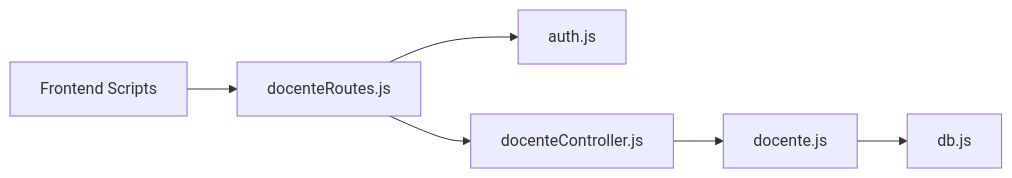
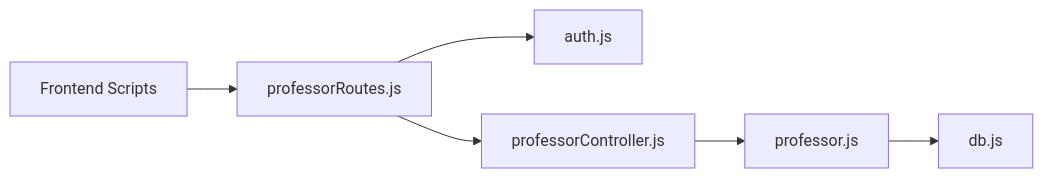
The sixth of 6 diagrams in .qoder/repowiki/en/content/Core Features Implementation/Professor Management.md (luiseduacosta/nodemural), drawn with Mermaid before and after one commit. The commit also changed other lines of this file and 25 other files, not shown here.

````diff
--- a/.qoder/repowiki/en/content/Core Features Implementation/Professor Management.md
+++ b/.qoder/repowiki/en/content/Core Features Implementation/Professor Management.md
@@ -302,8 +302,8 @@
 ```mermaid
 graph LR
-FE["Frontend Scripts"] --> R["docenteRoutes.js"]
+FE["Frontend Scripts"] --> R["professorRoutes.js"]
 R --> MW["auth.js"]
-R --> C["docenteController.js"]
-C --> M["docente.js"]
+R --> C["professorController.js"]
+C --> M["professor.js"]
 M --> DB["db.js"]
 ```
````
